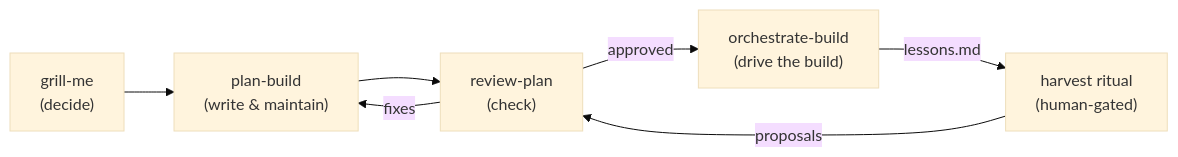
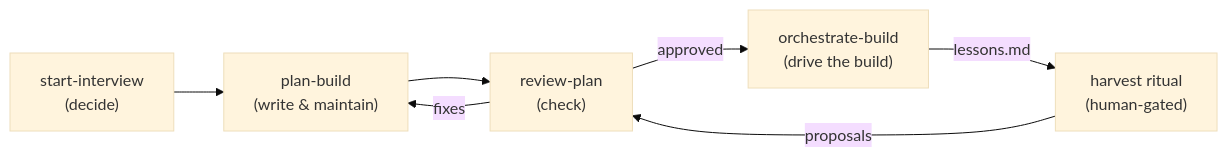
One commit to Danjohnsonnj/my-agent-skills changed the diagram in README.md. Above: the diagram before and after it, drawn with Mermaid (base theme). The commit also changed other lines of this file and 12 other files, not shown here.

First line of the commit message:
Rename grill-me to start-interview and add explainer site plan tree.

````diff
--- a/README.md
+++ b/README.md
@@ -17,9 +17,9 @@
 ```mermaid
 flowchart LR
-    grill["grill-me<br/>(decide)"] --> plan["plan-build<br/>(write & maintain)"]
+    grill["start-interview<br/>(decide)"] --> plan["plan-build<br/>(write & maintain)"]
     plan --> review["review-plan<br/>(check)"]
     review -->|approved| drive["orchestrate-build<br/>(drive the build)"]
     review -->|fixes| plan
     drive -->|lessons.md| harvest["harvest ritual<br/>(human-gated)"]
     harvest -->|proposals| review
 ```
````
